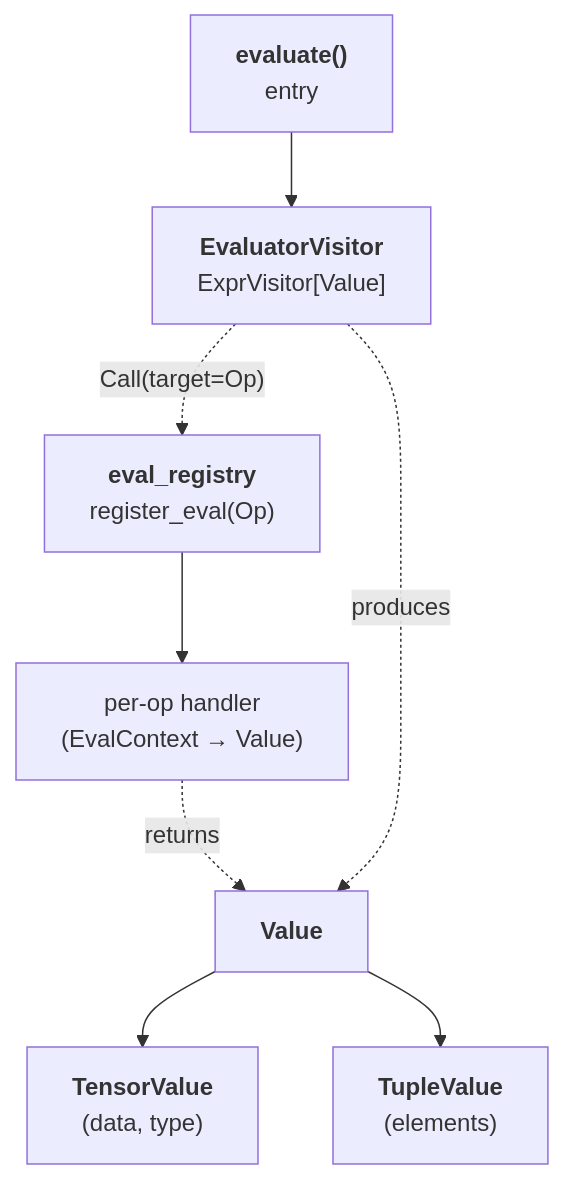
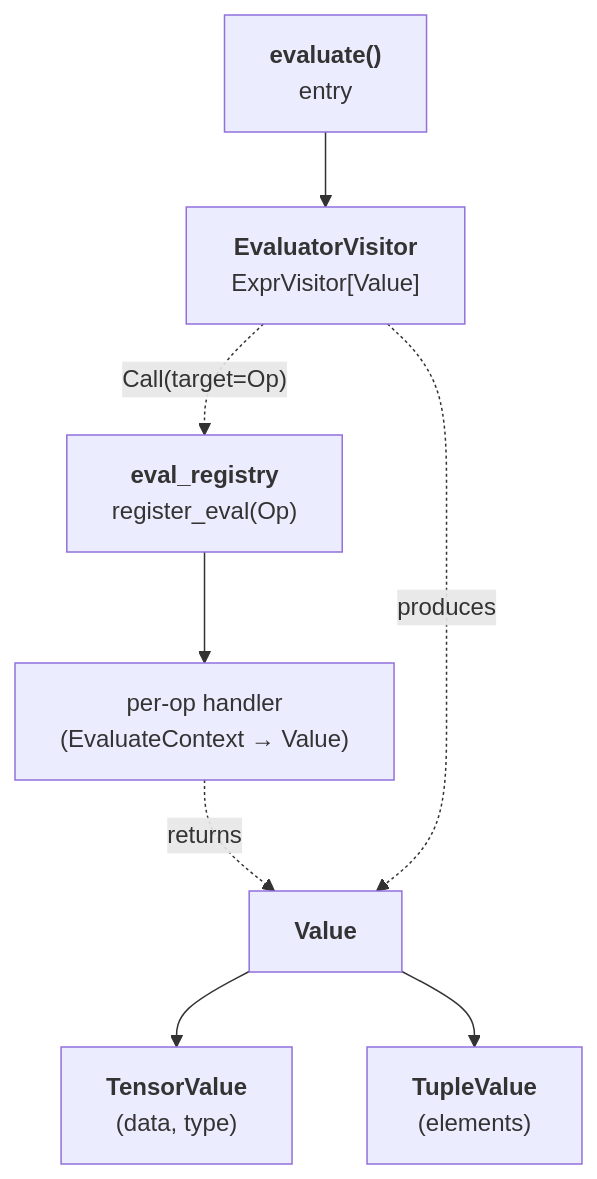
The diagram in docs/spec/evaluator.md (tile-ai/TileFoundry), drawn with Mermaid before and after one commit. The commit also changed other lines of this file and 8 other files, not shown here.

````diff
--- a/docs/spec/evaluator.md
+++ b/docs/spec/evaluator.md
@@ -8,18 +8,18 @@
 ```mermaid
 flowchart TB
     evaluate["<b>evaluate()</b><br/>entry"]
     Evaluator["<b>EvaluatorVisitor</b><br/>ExprVisitor[Value]"]
     registry["<b>eval_registry</b><br/>register_eval(Op)"]
-    handler["per-op handler<br/>(EvalContext → Value)"]
+    handler["per-op handler<br/>(EvaluateContext → Value)"]
     Value["<b>Value</b>"]
     TensorValue["<b>TensorValue</b><br/>(data, type)"]
     TupleValue["<b>TupleValue</b><br/>(elements)"]
 
     evaluate --> Evaluator
     Evaluator -. "Call(target=Op)" .-> registry
     registry --> handler
     handler -. returns .-> Value
     Evaluator -. produces .-> Value
     Value --> TensorValue
     Value --> TupleValue
 ```
````
